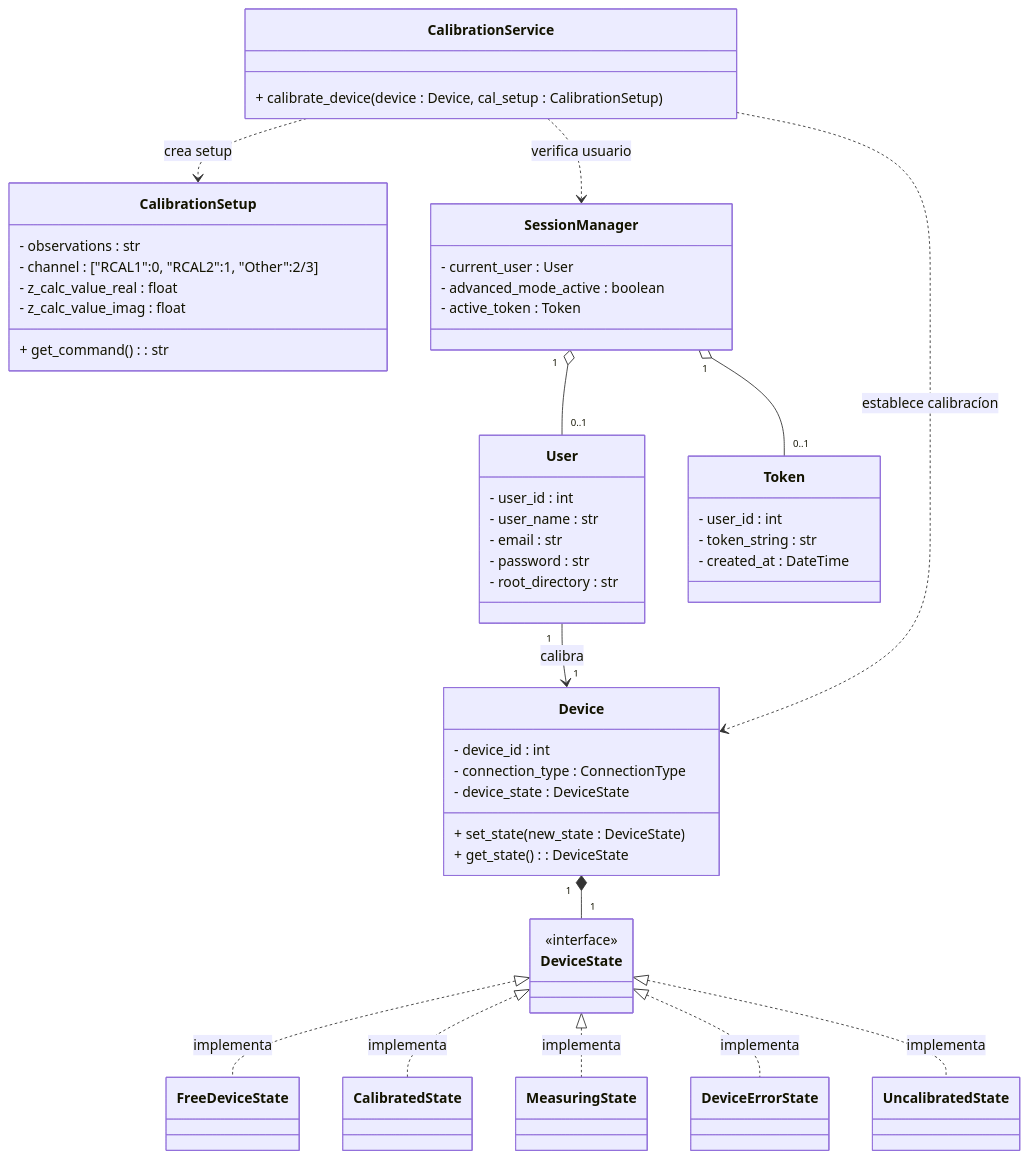
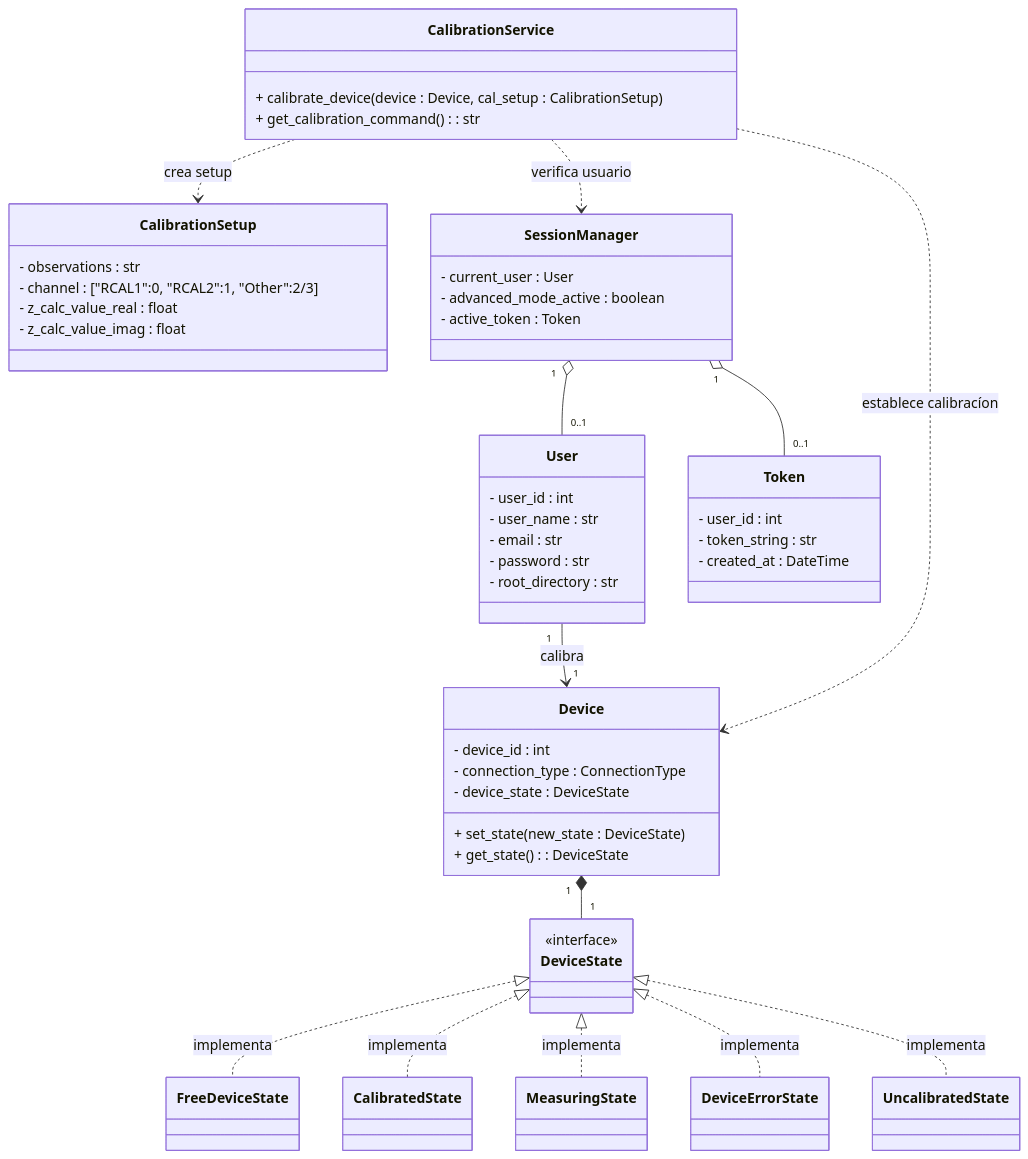
One commit to alegrelias/Repo-GMini changed the third of 6 diagrams in Gmini-MarkDown/Diagramas/Clases Conceptuales.md. Above: the diagram before and after it, drawn with Mermaid. The commit also changed other lines of this file, not shown here.

Commit message:
Se modifica diagrama de clases

````diff
--- a/Gmini-MarkDown/Diagramas/Clases Conceptuales.md
+++ b/Gmini-MarkDown/Diagramas/Clases Conceptuales.md
@@ -420,70 +421,70 @@
 ```mermaid
 classDiagram
 DeviceState <|.. FreeDeviceState : implementa
 DeviceState <|.. CalibratedState : implementa
 DeviceState <|.. MeasuringState : implementa
 DeviceState <|.. DeviceErrorState : implementa
 DeviceState <|.. UncalibratedState : implementa
 
 %% clases
 class User {
 	- user_id : int
 	- user_name : str
 	- email : str
 	- password : str
 	- root_directory : str
 	
 }
 
 class CalibrationSetup{
 	- observations : str
 	- channel : ["RCAL1":0, "RCAL2":1, "Other":2/3]
 	- z_calc_value_real : float
 	- z_calc_value_imag : float
-	+ get_command() : str
 }
 
 class Device{
 	- device_id : int
 	- connection_type : ConnectionType
 	- device_state : DeviceState
 	+ set_state(new_state : DeviceState)
 	+ get_state() : DeviceState
 }
 
 class DeviceState{
 		<<interface>>
 	}
 	class FreeDeviceState
 	class CalibratedState
 	class MeasuringState
 	class DeviceErrorState
 
 class CalibrationService{
 	+ calibrate_device(device : Device, cal_setup : CalibrationSetup)
+	+ get_calibration_command() : str
 }
 
 class SessionManager{
 	- current_user : User
 	- advanced_mode_active : boolean
 	- active_token : Token
 }
 
 class Token {
 	- user_id : int
 	- token_string : str
 	- created_at : DateTime
 }
 
 %% relaciones
 User "1"-->"1" Device : calibra
 
 Device "1"*--"1" DeviceState
 
 SessionManager "1"o--"0..1" Token
 SessionManager "1"o--"0..1" User
 
 CalibrationService ..> Device : establece calibracíon
 CalibrationService ..> CalibrationSetup : crea setup
 CalibrationService ..> SessionManager : verifica usuario
 ```
````
